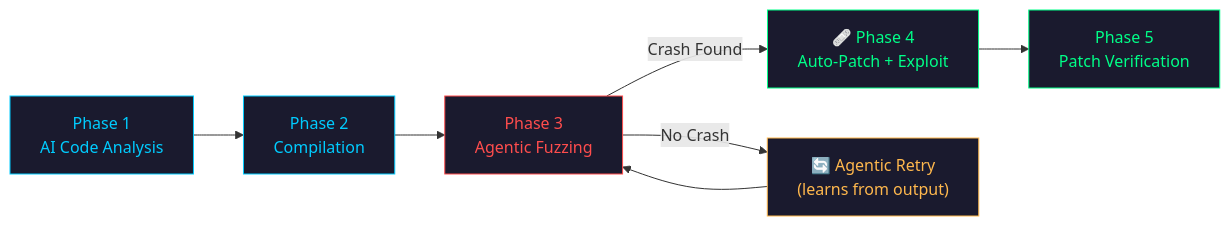
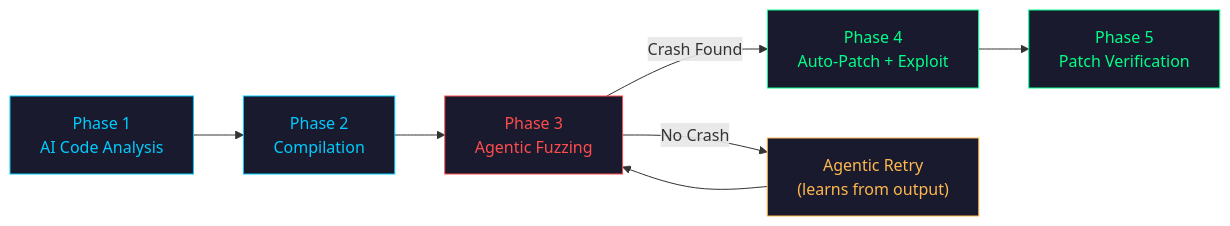
The diagram in README.md (Bunny-sysd/mutagen), drawn with Mermaid before and after one commit. The commit also changed other lines of this file and 8 other files, not shown here.

````diff
--- a/README.md
+++ b/README.md
@@ -72,16 +72,16 @@
 ```mermaid
 graph LR
     A["Phase 1\nAI Code Analysis"] --> B["Phase 2\nCompilation"]
     B --> C["Phase 3\nAgentic Fuzzing"]
-    C -->|"Crash Found"| D["🩹 Phase 4\nAuto-Patch + Exploit"]
-    C -->|"No Crash"| C2["🔄 Agentic Retry\n(learns from output)"]
+    C -->|"Crash Found"| D["Phase 4\nAuto-Patch + Exploit"]
+    C -->|"No Crash"| C2["Agentic Retry\n(learns from output)"]
     C2 --> C
     D --> E["Phase 5\nPatch Verification"]
 
     style A fill:#1a1a2e,stroke:#00ccff,color:#00ccff
     style B fill:#1a1a2e,stroke:#00ccff,color:#00ccff
     style C fill:#1a1a2e,stroke:#ff4d4d,color:#ff4d4d
     style C2 fill:#1a1a2e,stroke:#ffb84d,color:#ffb84d
     style D fill:#1a1a2e,stroke:#00ff88,color:#00ff88
     style E fill:#1a1a2e,stroke:#00ff88,color:#00ff88
 ```
````
